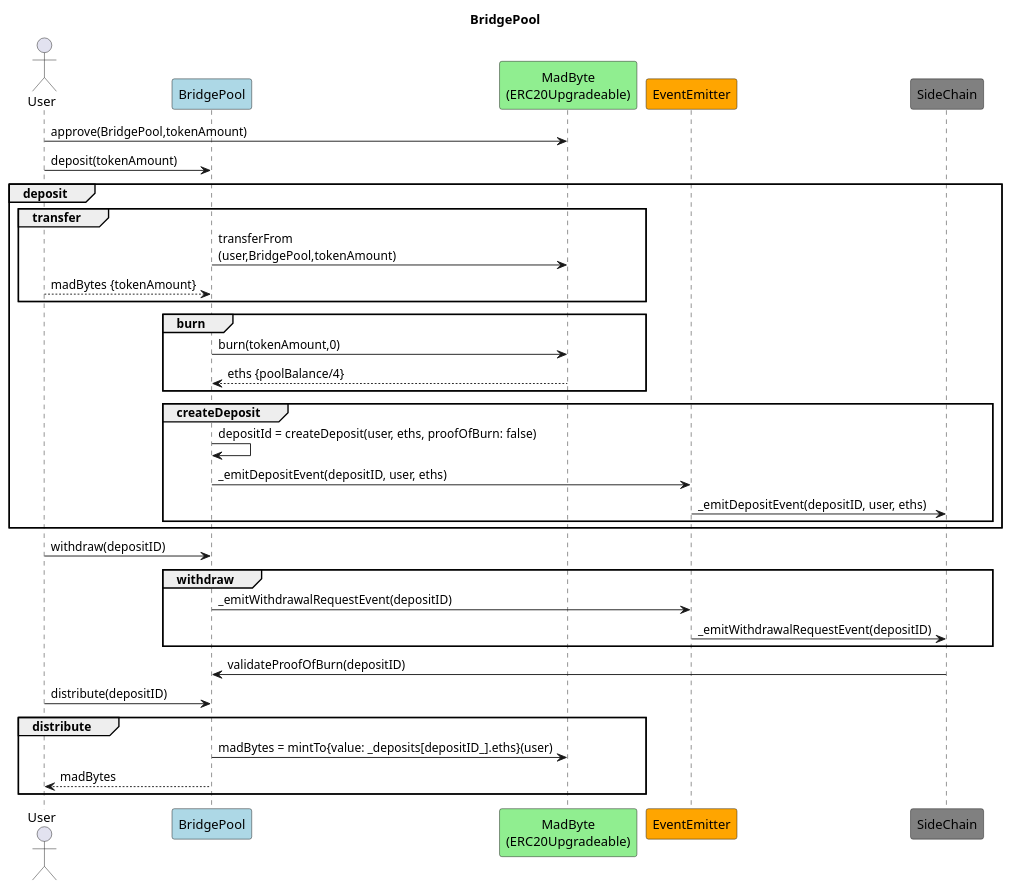
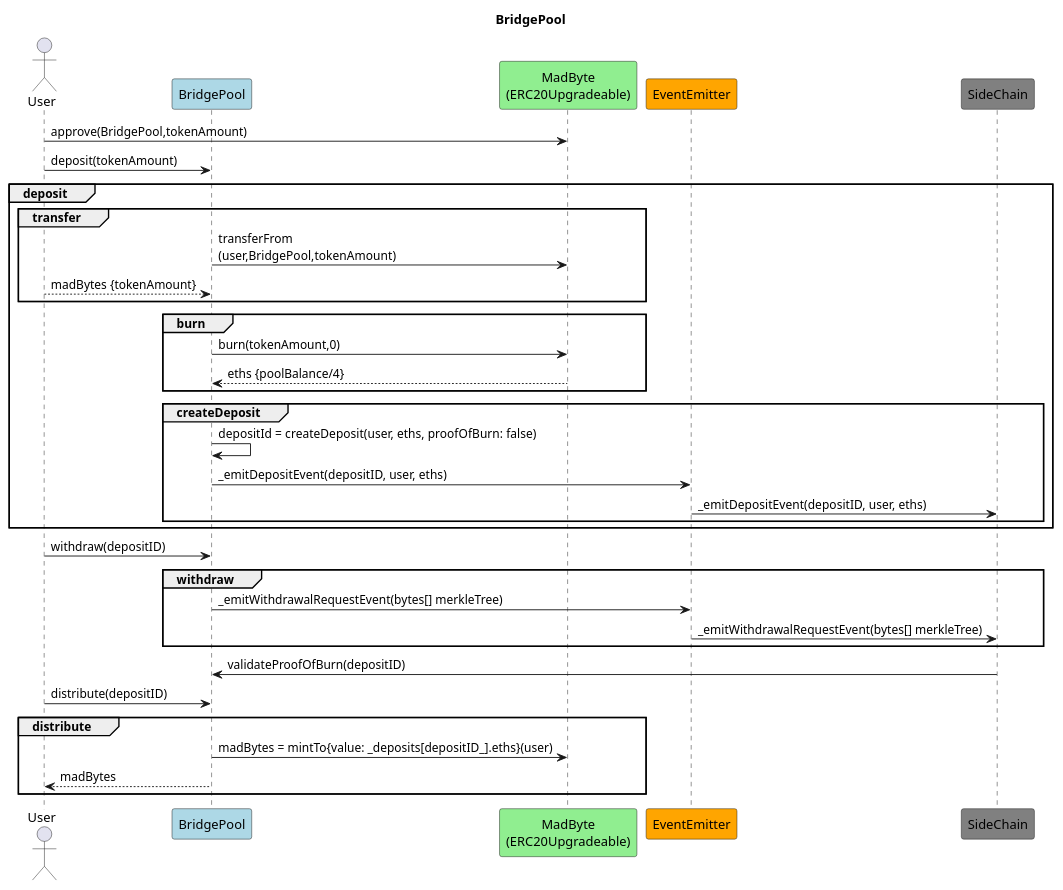
The diagram in bridge/docs/MP-269:BridgePool.puml (MadBase/MadNet), drawn with PlantUML before and after one commit. The commit also changed 4 other files, not shown here.

```diff
--- a/bridge/docs/MP-269:BridgePool.puml
+++ b/bridge/docs/MP-269:BridgePool.puml
@@ -1,37 +1,37 @@
 @startuml name
 Actor User
 Participant "BridgePool" as BridgePool #LightBlue
 Participant "MadByte\n(ERC20Upgradeable)" as MadByte #LightGreen
 Participant "EventEmitter" as EventEmitter #Orange
 Participant "SideChain" as SideChain #Gray
 title BridgePool
 
 User -> MadByte : approve(BridgePool,tokenAmount)
 User -> BridgePool : deposit(tokenAmount)
 group deposit
     group transfer       
         BridgePool -> MadByte : transferFrom\n(user,BridgePool,tokenAmount)
         User --> BridgePool: madBytes {tokenAmount}
     end
     group burn        
         BridgePool -> MadByte : burn(tokenAmount,0)
         MadByte --> BridgePool: eths {poolBalance/4}
     end
     group createDeposit        
         BridgePool -> BridgePool : depositId = createDeposit(user, eths, proofOfBurn: false)
         BridgePool -> EventEmitter: _emitDepositEvent(depositID, user, eths)
         EventEmitter -> SideChain: _emitDepositEvent(depositID, user, eths)
     end
 end
 User -> BridgePool : withdraw(depositID)
 group withdraw       
-    BridgePool -> EventEmitter : _emitWithdrawalRequestEvent(depositID)
-    EventEmitter -> SideChain: _emitWithdrawalRequestEvent(depositID)
+    BridgePool -> EventEmitter : _emitWithdrawalRequestEvent(bytes[] merkleTree)
+    EventEmitter -> SideChain: _emitWithdrawalRequestEvent(bytes[] merkleTree)
 end
 SideChain -> BridgePool : validateProofOfBurn(depositID)
 User -> BridgePool : distribute(depositID)
 group distribute        
     BridgePool -> MadByte : madBytes = mintTo{value: _deposits[depositID_].eths}(user)
     BridgePool --> User: madBytes
 end
 @enduml
```
